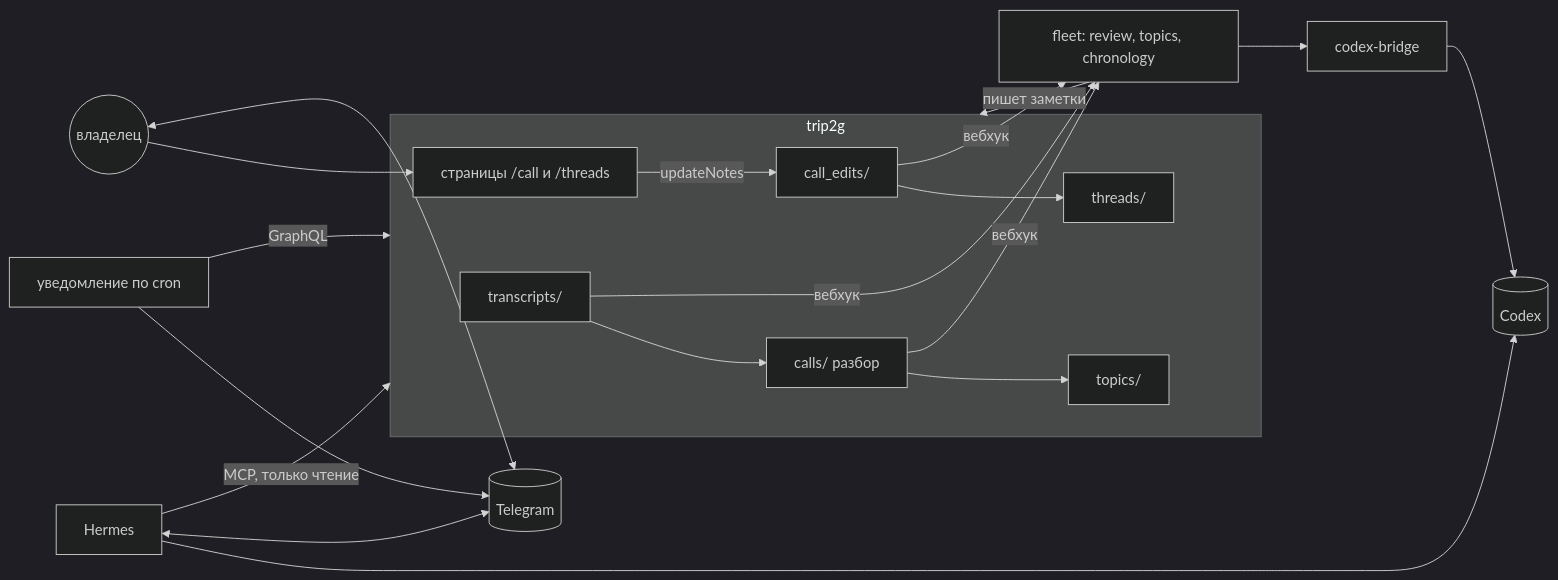
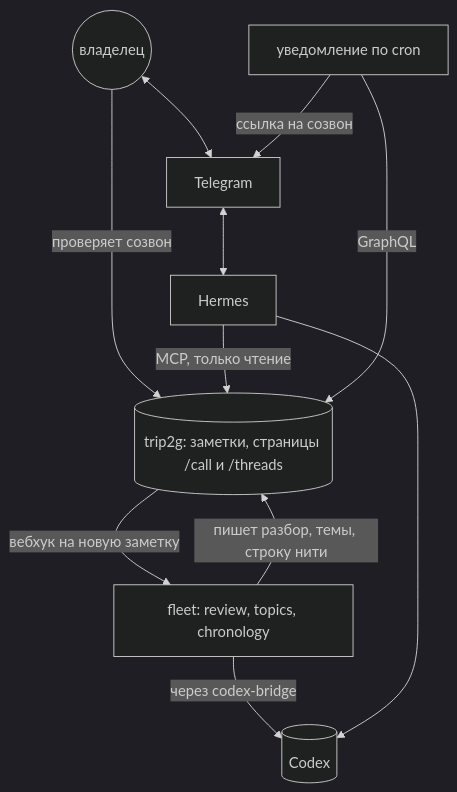
Before and after one commit to trip2g/trip2g: the diagram in docs/ru/user/calls-dashboard.md, drawn with Mermaid (dark theme). The commit also changed 2 other files, not shown here.

Commit message:
docs(calls): stand diagram top-down and the Telegram shot cropped to the chat

````diff
--- a/docs/ru/user/calls-dashboard.md
+++ b/docs/ru/user/calls-dashboard.md
@@ -26,22 +26,20 @@
 ```mermaid
-flowchart LR
-  subgraph trip2g
-    T[transcripts/] --> C[calls/ разбор]
-    C --> P[topics/]
-    E[call_edits/] --> H[threads/]
-    UI["страницы /call и /threads"]
-  end
-  T -- вебхук --> F
-  C -- вебхук --> F
-  E -- вебхук --> F
-  F[fleet: review, topics, chronology] -- пишет заметки --> trip2g
-  F --> B[codex-bridge] --> X[(Codex)]
-  HM[Hermes] -- MCP, только чтение --> trip2g
+flowchart TD
+  You((владелец))
+  TG[Telegram]
+  HM[Hermes]
+  N[уведомление по cron]
+  V[(trip2g: заметки, страницы /call и /threads)]
+  F[fleet: review, topics, chronology]
+  X[(Codex)]
+  You <--> TG
+  You -- проверяет созвон --> V
+  TG <--> HM
+  HM -- MCP, только чтение --> V
+  N -- GraphQL --> V
+  N -- ссылка на созвон --> TG
+  V -- вебхук на новую заметку --> F
+  F -- пишет разбор, темы, строку нити --> V
+  F -- через codex-bridge --> X
   HM --> X
-  HM <--> TG[(Telegram)]
-  N[уведомление по cron] -- GraphQL --> trip2g
-  N --> TG
-  You((владелец)) --> UI
-  UI -- updateNotes --> E
-  You <--> TG
 ```
````
